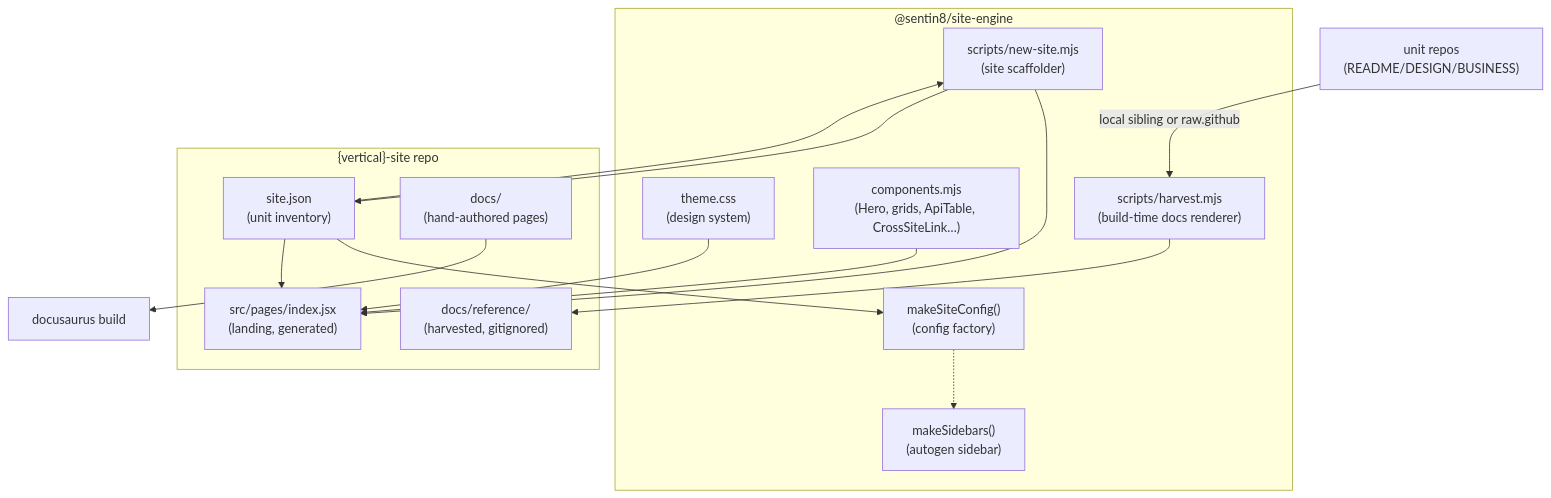
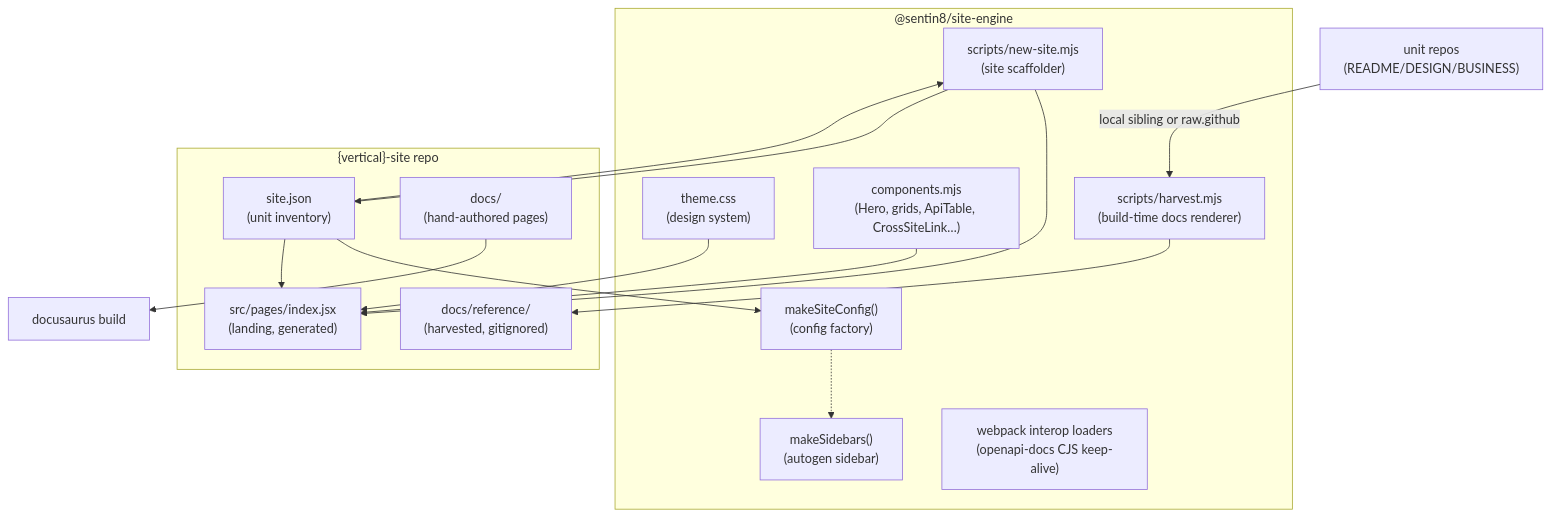
Before and after one commit to Sentin8/sentin8-site-engine: the diagram in README.md, drawn with Mermaid. The commit also changed other lines of this file and 3 other files, not shown here.

````diff
--- a/README.md
+++ b/README.md
@@ -34,25 +34,26 @@
 ```mermaid
 graph TD
     subgraph ENGINE["@sentin8/site-engine"]
         CFG["makeSiteConfig()<br/>(config factory)"]
         SB["makeSidebars()<br/>(autogen sidebar)"]
         CSS["theme.css<br/>(design system)"]
         COMP["components.mjs<br/>(Hero, grids, ApiTable, CrossSiteLink…)"]
         HARV["scripts/harvest.mjs<br/>(build-time docs renderer)"]
         SCAF["scripts/new-site.mjs<br/>(site scaffolder)"]
+        WIF["webpack interop loaders<br/>(openapi-docs CJS keep-alive)"]
     end
     subgraph SITE["{vertical}-site repo"]
         SJ["site.json<br/>(unit inventory)"]
         PAGES["src/pages/index.jsx<br/>(landing, generated)"]
         DOCS["docs/<br/>(hand-authored pages)"]
         REF["docs/reference/<br/>(harvested, gitignored)"]
     end
     SJ --> CFG & SCAF
     SCAF --> PAGES & SJ
     SJ --> PAGES
     CFG -.-> SB
     REPOS["unit repos<br/>(README/DESIGN/BUSINESS)"] -->|"local sibling or raw.github"| HARV
     HARV --> REF
     CSS & COMP --> PAGES
     DOCS --> BUILD["docusaurus build"]
 ```
````
